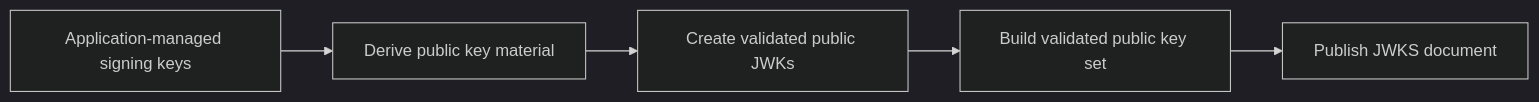
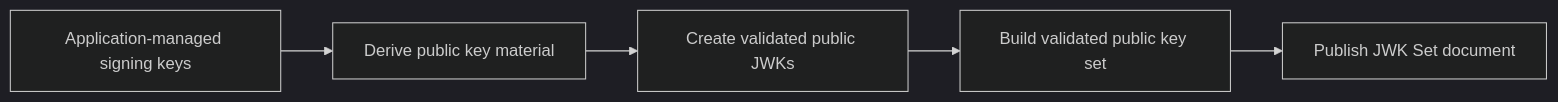
Before and after one commit to mkbeh/xjose: diagram 19 of 20 in DESIGN.md, drawn with Mermaid (dark theme). The commit also changed other lines of this file and 25 other files, not shown here.

Commit message:
refactor(jwk)!: merge JWK Set support into jwk module

````diff
--- a/DESIGN.md
+++ b/DESIGN.md
@@ -691,12 +675,12 @@
 ```mermaid
 flowchart LR
     SigningKeys[Application-managed signing keys]
     PublicKeys[Derive public key material]
     JWK[Create validated public JWKs]
-    JWKS[Build validated public key set]
-    Publish[Publish JWKS document]
+    Set[Build validated public key set]
+    Publish[Publish JWK Set document]
     SigningKeys --> PublicKeys
     PublicKeys --> JWK
-    JWK --> JWKS
-    JWKS --> Publish
+    JWK --> Set
+    Set --> Publish
 ```
````
